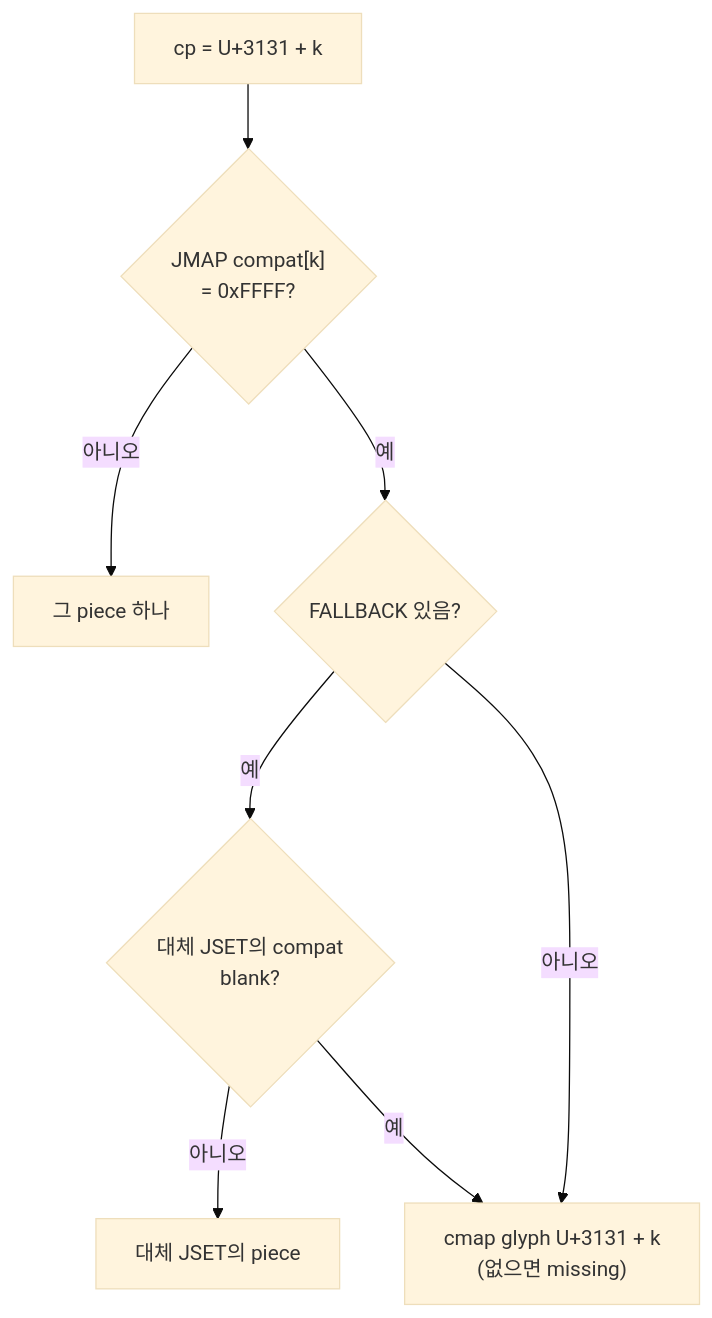
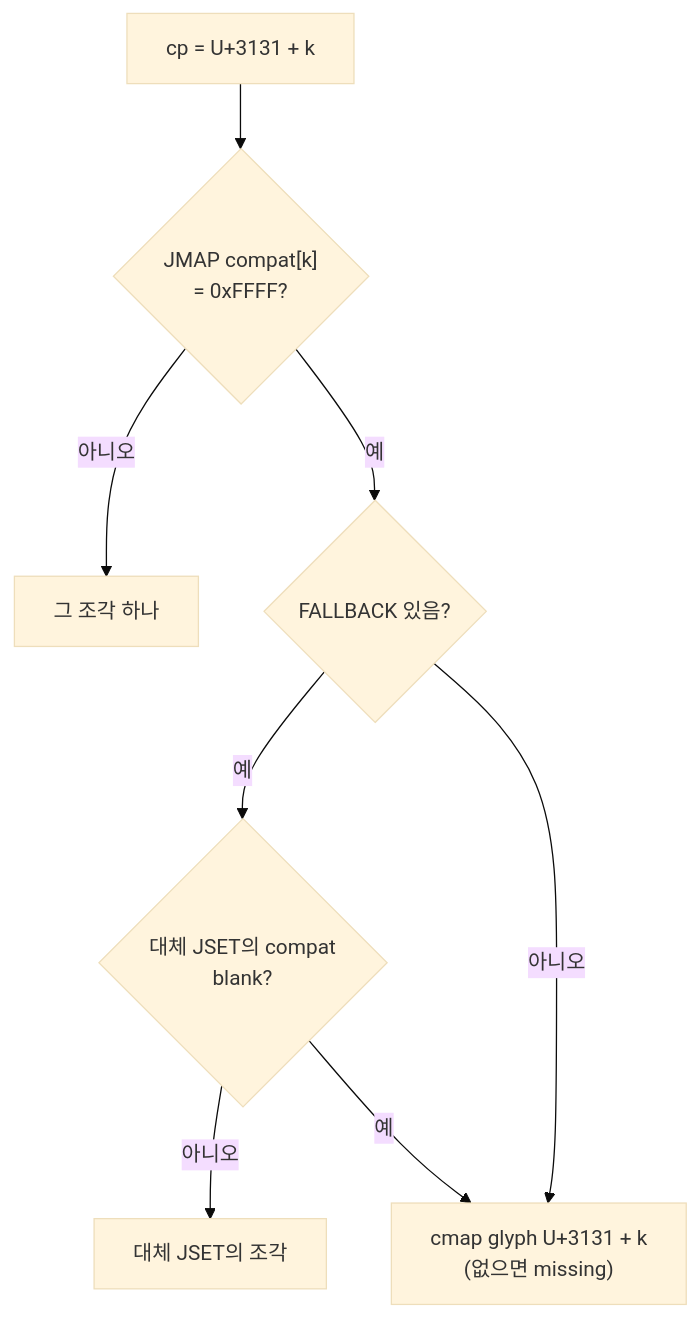
One commit to TaehyunKimLL/svf-fonts-open changed diagram 20 of 27 in docs/jamo-sets.ko.md. Above: the diagram before and after it, drawn with Mermaid (base theme). The commit also changed other lines of this file and 3 other files, not shown here.

````diff
--- a/docs/jamo-sets.ko.md
+++ b/docs/jamo-sets.ko.md
@@ -904,10 +909,10 @@
 ```mermaid
 flowchart TD
   A["cp = U+3131 + k"] --> B{"JMAP compat[k]<br/>= 0xFFFF?"}
-  B -->|아니오| P["그 piece 하나"]
+  B -->|아니오| P["그 조각 하나"]
   B -->|예| C{"FALLBACK 있음?"}
   C -->|예| D{"대체 JSET의 compat<br/>blank?"}
-  D -->|아니오| P2["대체 JSET의 piece"]
+  D -->|아니오| P2["대체 JSET의 조각"]
   D -->|예| G["cmap glyph U+3131 + k<br/>(없으면 missing)"]
   C -->|아니오| G
 ```
````
